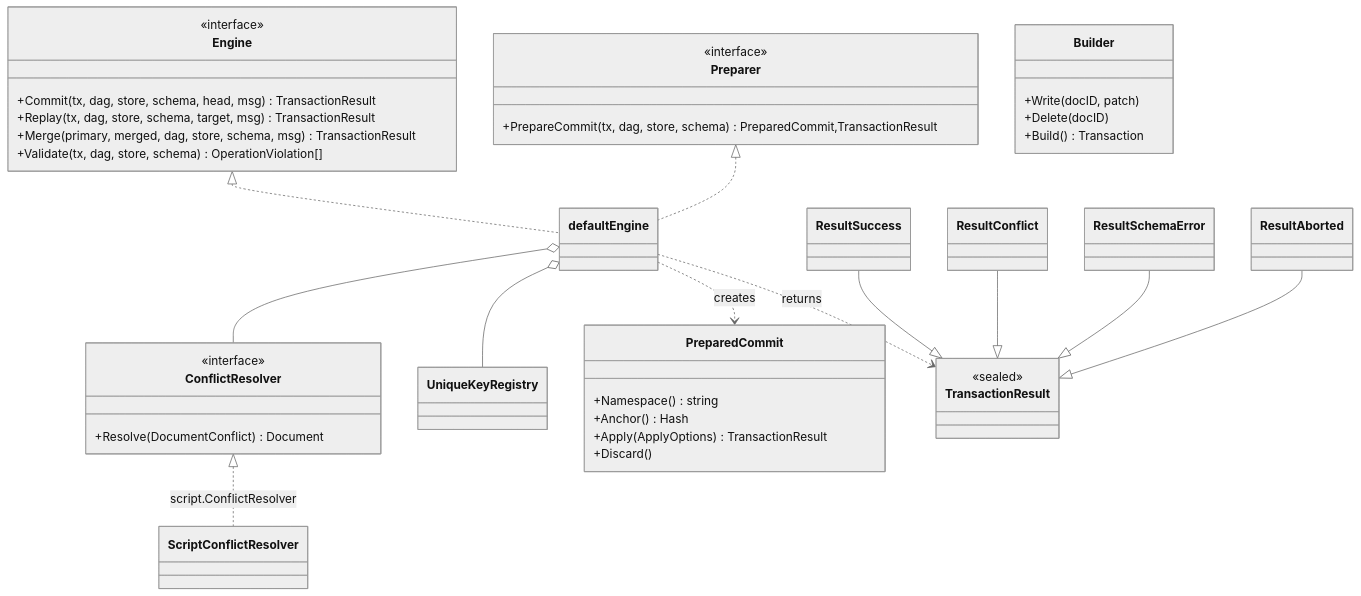
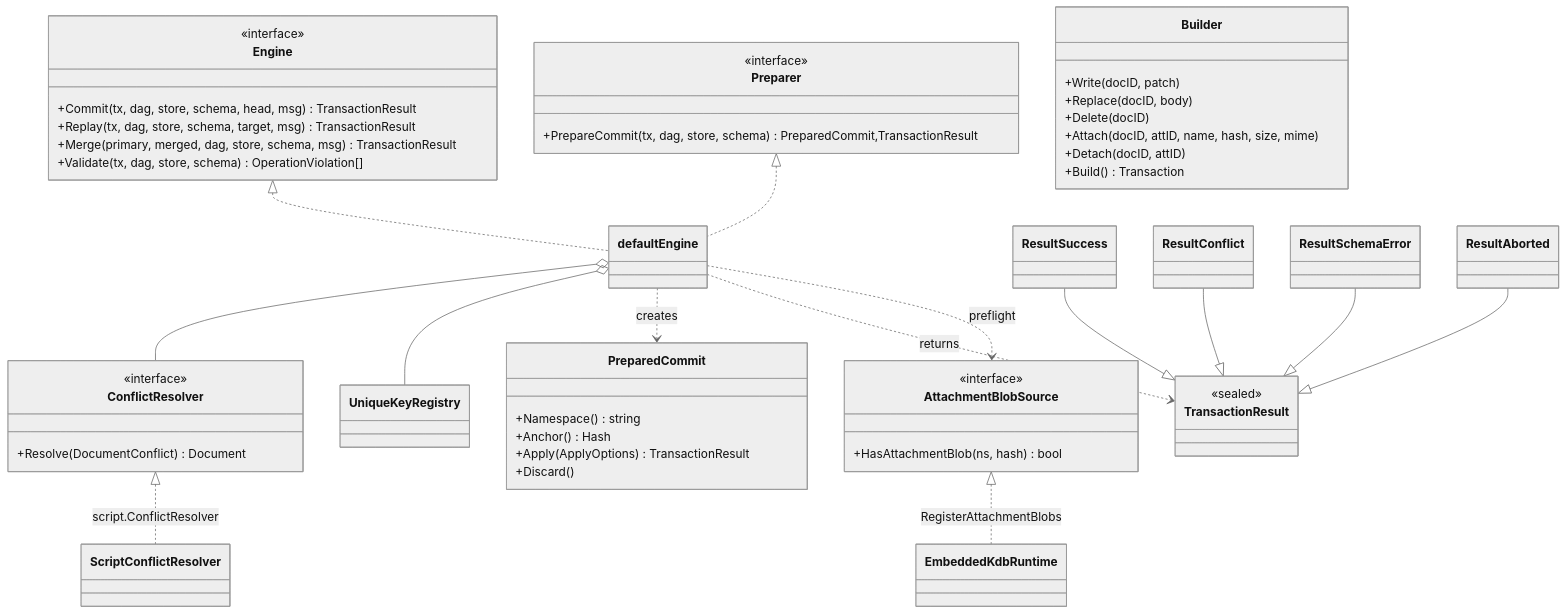
The fifth of 13 diagrams in docs/kdb-class-design.md (dbeasty/kdb), drawn with Mermaid (neutral theme) before and after one commit. The commit also changed other lines of this file and 36 other files, not shown here.

First line of the commit message:
docs: refresh class design and flows against main of 2026-10-23

````diff
--- a/docs/kdb-class-design.md
+++ b/docs/kdb-class-design.md
@@ -639,43 +834,52 @@
 ```mermaid
 classDiagram
   class Engine {
     <<interface>>
     +Commit(tx, dag, store, schema, head, msg) TransactionResult
     +Replay(tx, dag, store, schema, target, msg) TransactionResult
     +Merge(primary, merged, dag, store, schema, msg) TransactionResult
     +Validate(tx, dag, store, schema) OperationViolation[]
   }
   class Preparer {
     <<interface>>
     +PrepareCommit(tx, dag, store, schema) PreparedCommit,TransactionResult
   }
   class PreparedCommit {
     +Namespace() string
     +Anchor() Hash
     +Apply(ApplyOptions) TransactionResult
     +Discard()
   }
   class ConflictResolver {
     <<interface>>
     +Resolve(DocumentConflict) Document
   }
   class Builder {
     +Write(docID, patch)
+    +Replace(docID, body)
     +Delete(docID)
+    +Attach(docID, attID, name, hash, size, mime)
+    +Detach(docID, attID)
     +Build() Transaction
+  }
+  class AttachmentBlobSource {
+    <<interface>>
+    +HasAttachmentBlob(ns, hash) bool
   }
   class TransactionResult {
     <<sealed>>
   }
   Engine <|.. defaultEngine
   Preparer <|.. defaultEngine
   defaultEngine o-- ConflictResolver
   defaultEngine o-- UniqueKeyRegistry
   defaultEngine ..> PreparedCommit : creates
   defaultEngine ..> TransactionResult : returns
   ResultSuccess --|> TransactionResult
   ResultConflict --|> TransactionResult
   ResultSchemaError --|> TransactionResult
   ResultAborted --|> TransactionResult
   ConflictResolver <|.. ScriptConflictResolver : script.ConflictResolver
+  defaultEngine ..> AttachmentBlobSource : preflight
+  AttachmentBlobSource <|.. EmbeddedKdbRuntime : RegisterAttachmentBlobs
 ```
````
